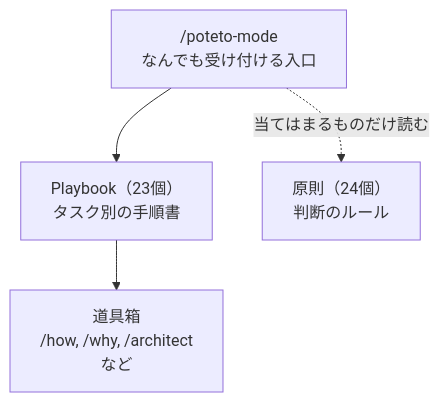
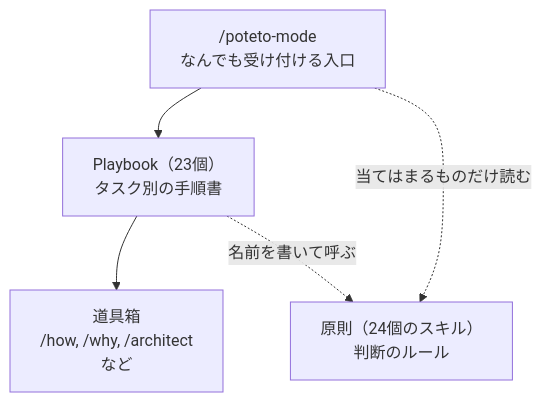
The first of 2 diagrams in articles/pstack-structure-map.md (nakamoto-masa/zenn-content), drawn with Mermaid before and after one commit. The commit also changed other lines of this file, not shown here.

````diff
--- a/articles/pstack-structure-map.md
+++ b/articles/pstack-structure-map.md
@@ -31,9 +29,10 @@
 ```mermaid
 flowchart TB
   M["/poteto-mode<br>なんでも受け付ける入口"] --> P
   M -. 当てはまるものだけ読む .-> R
   P["Playbook（23個）<br>タスク別の手順書"]
-  R["原則（24個）<br>判断のルール"]
+  R["原則（24個のスキル）<br>判断のルール"]
   P --> T
+  P -. 名前を書いて呼ぶ .-> R
   T["道具箱<br>/how, /why, /architect<br>など"]
 ```
````
